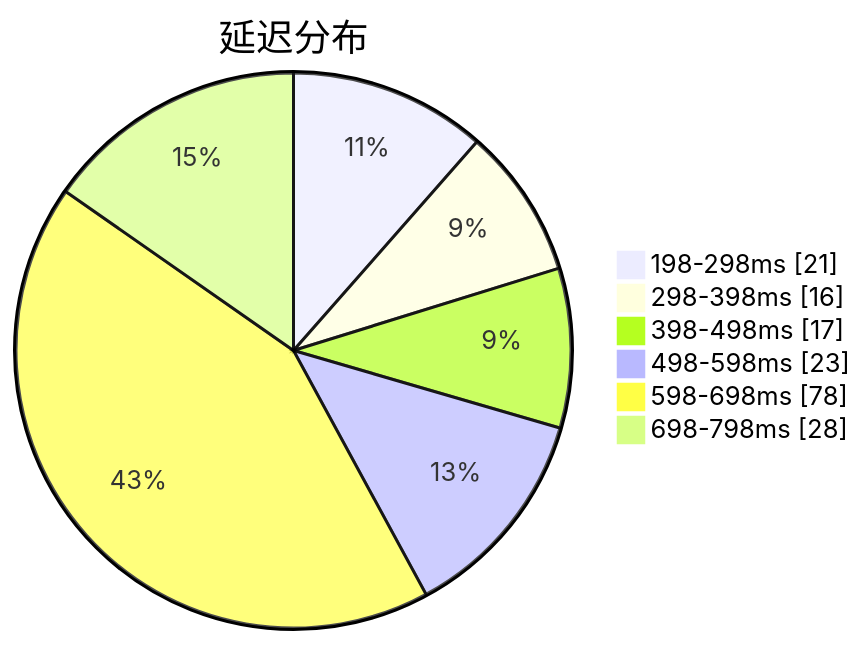
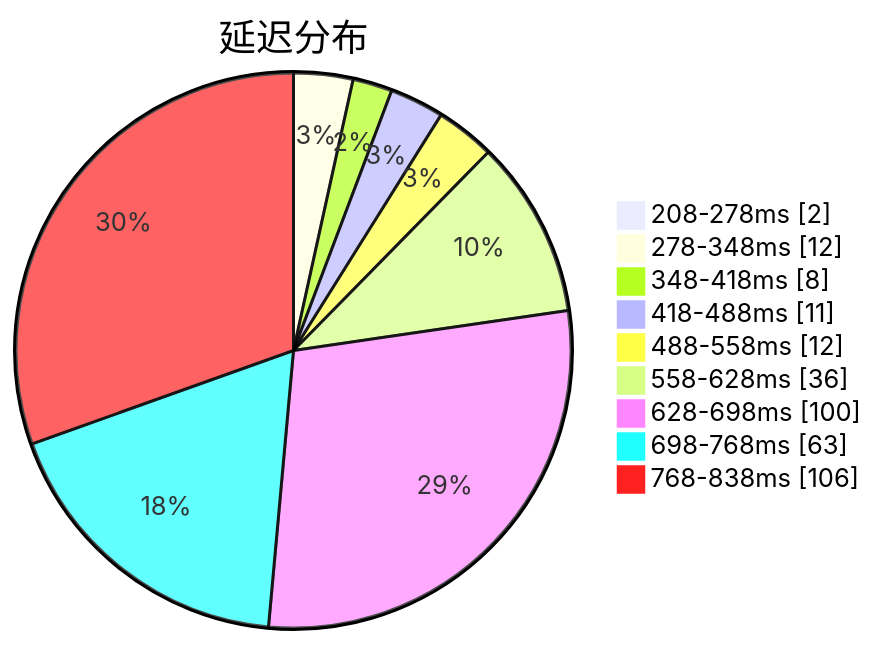
The first of 3 diagrams in subs/statistics/tested_within.md (qjlxg/airport), drawn with Mermaid before and after one commit. The commit also changed other lines of this file and 2 other files, not shown here.

Commit message:
Tested by metaST

````diff
--- a/subs/statistics/tested_within.md
+++ b/subs/statistics/tested_within.md
@@ -2,10 +2,13 @@
 ```mermaid
 pie showData
 title 延迟分布
-"198-298ms" : 21
-"298-398ms" : 16
-"398-498ms" : 17
-"498-598ms" : 23
-"598-698ms" : 78
-"698-798ms" : 28
+"208-278ms" : 2
+"278-348ms" : 12
+"348-418ms" : 8
+"418-488ms" : 11
+"488-558ms" : 12
+"558-628ms" : 36
+"628-698ms" : 100
+"698-768ms" : 63
+"768-838ms" : 106
 ```
````
